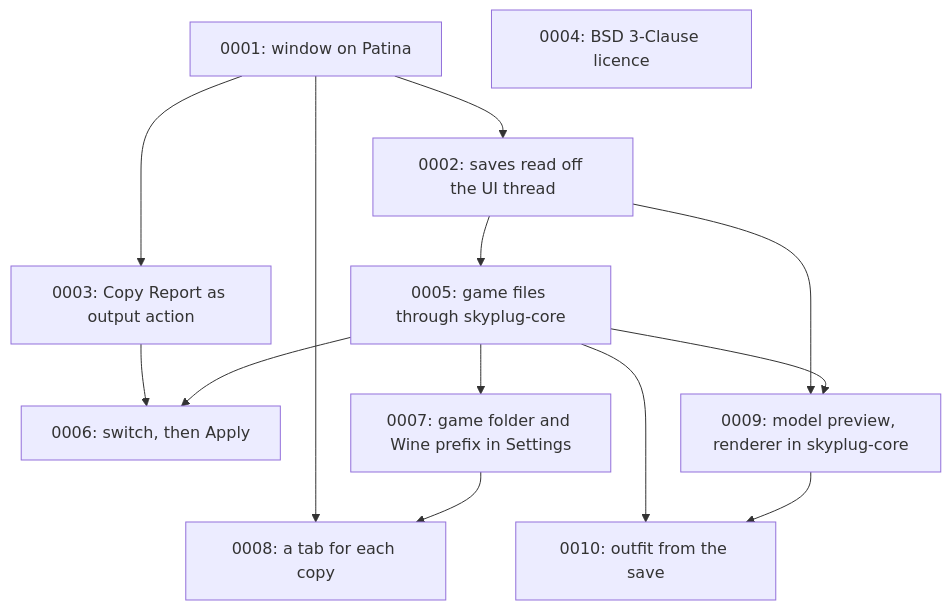
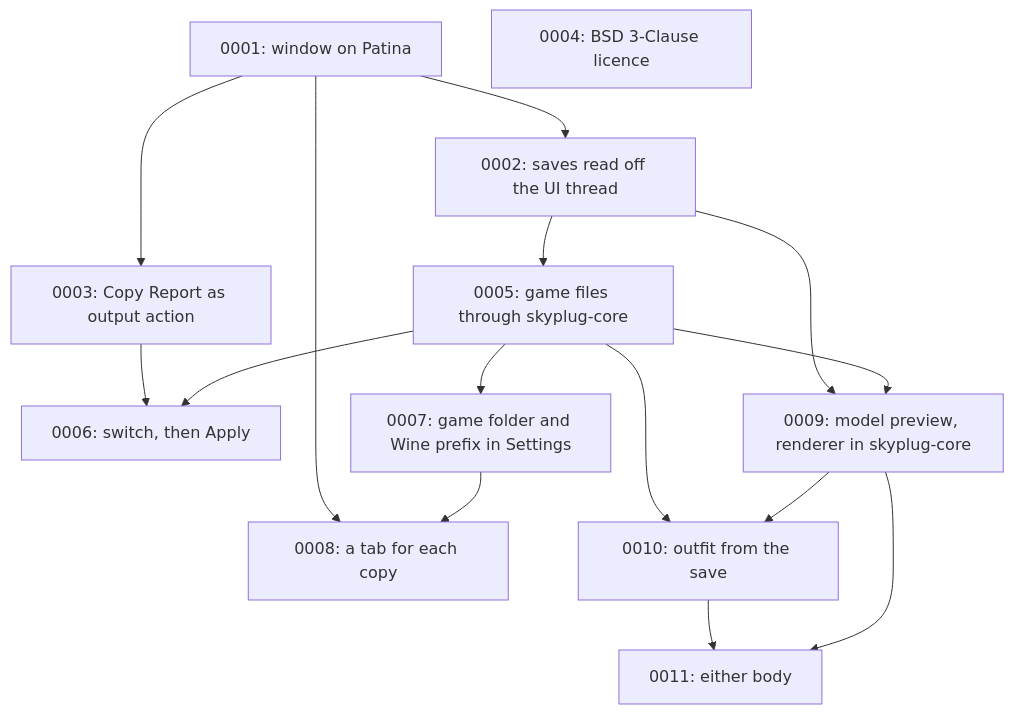
One commit to divanvisagie/arcanaeum changed the diagram in docs/adr/README.md. Above: the diagram before and after it, drawn with Mermaid. The commit also changed other lines of this file and 5 other files, not shown here.

First line of the commit message:
Draw either body in the preview, locked to a save's character

````diff
--- a/docs/adr/README.md
+++ b/docs/adr/README.md
@@ -58,16 +59,18 @@
 ```mermaid
 flowchart TD
     A[0001: window on Patina] --> B[0002: saves read off the UI thread]
     A --> C[0003: Copy Report as output action]
     D[0004: BSD 3-Clause licence]
     E[0005: game files through skyplug-core] --> F[0006: switch, then Apply]
     E --> G[0007: game folder and Wine prefix in Settings]
     G --> H[0008: a tab for each copy]
     A --> H
     B --> E
     C --> F
     E --> I[0009: model preview, renderer in skyplug-core]
     B --> I
     I --> J[0010: outfit from the save]
     E --> J
+    I --> K[0011: either body]
+    J --> K
 ```
````
